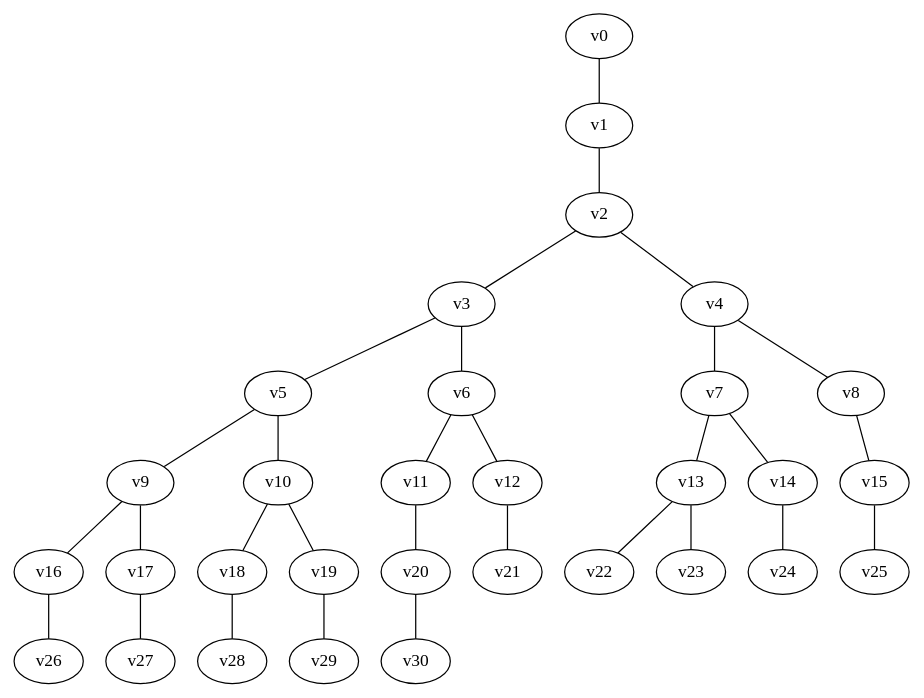
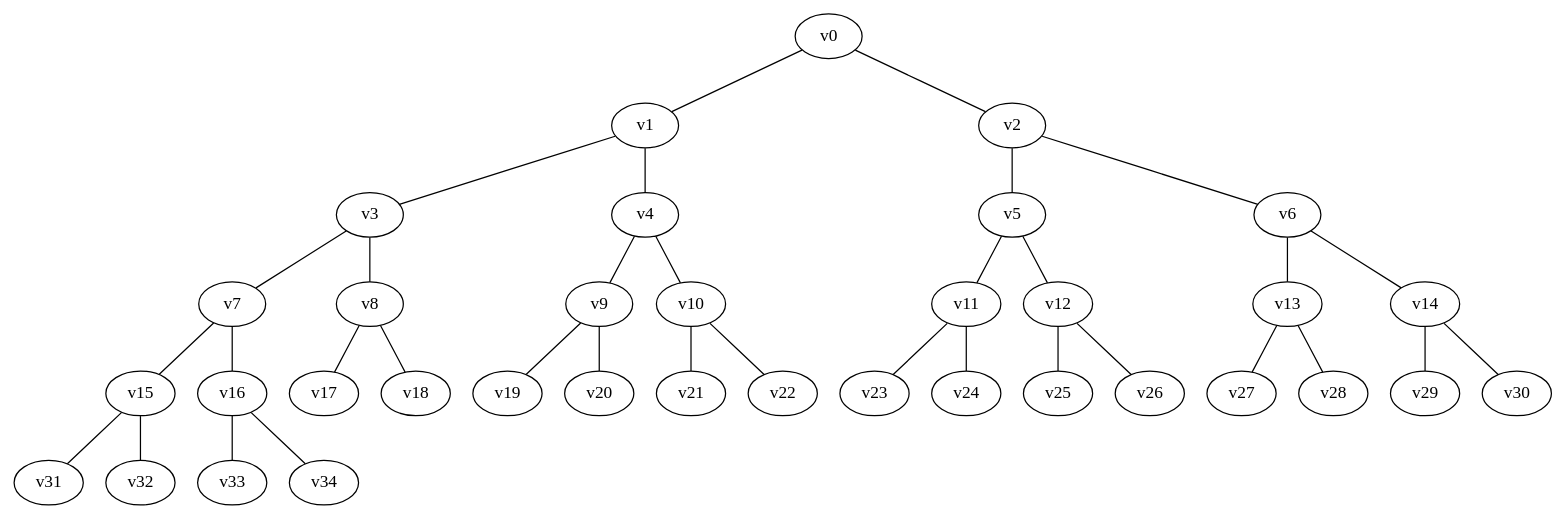
Before and after one commit to alexandrayakovleva/dot_graph_examples: the diagram in binary_tree.dot, drawn with Graphviz.

```diff
--- a/binary_tree.dot
+++ b/binary_tree.dot
@@ -1,32 +1,36 @@
 graph G {
 v0 -- v1
-v1 -- v2
-v2 -- v3
-v2 -- v4
-v3 -- v5
-v3 -- v6
-v4 -- v7
-v4 -- v8
-v5 -- v9
-v5 -- v10
-v6 -- v11
-v6 -- v12
-v7 -- v13
-v7 -- v14
-v8 -- v15
-v9 -- v16
-v9 -- v17
-v10 -- v18
-v10 -- v19
-v11 -- v20
-v12 -- v21
-v13 -- v22
-v13 -- v23
-v14 -- v24
-v15 -- v25
-v16 -- v26
-v17 -- v27
-v18 -- v28
-v19 -- v29
-v20 -- v30
+v0 -- v2
+v1 -- v3
+v1 -- v4
+v2 -- v5
+v2 -- v6
+v3 -- v7
+v3 -- v8
+v4 -- v9
+v4 -- v10
+v5 -- v11
+v5 -- v12
+v6 -- v13
+v6 -- v14
+v7 -- v15
+v7 -- v16
+v8 -- v17
+v8 -- v18
+v9 -- v19
+v9 -- v20
+v10 -- v21
+v10 -- v22
+v11 -- v23
+v11 -- v24
+v12 -- v25
+v12 -- v26
+v13 -- v27
+v13 -- v28
+v14 -- v29
+v14 -- v30
+v15 -- v31
+v15 -- v32
+v16 -- v33
+v16 -- v34
 }
```
